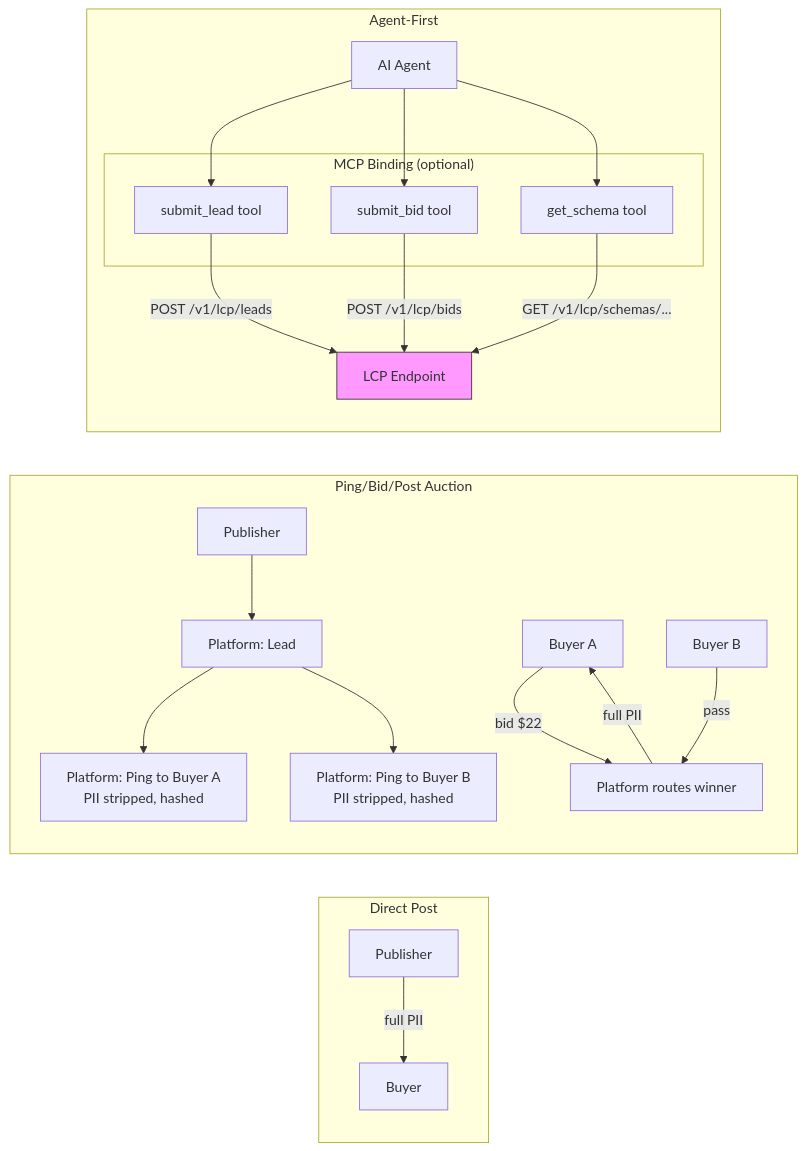
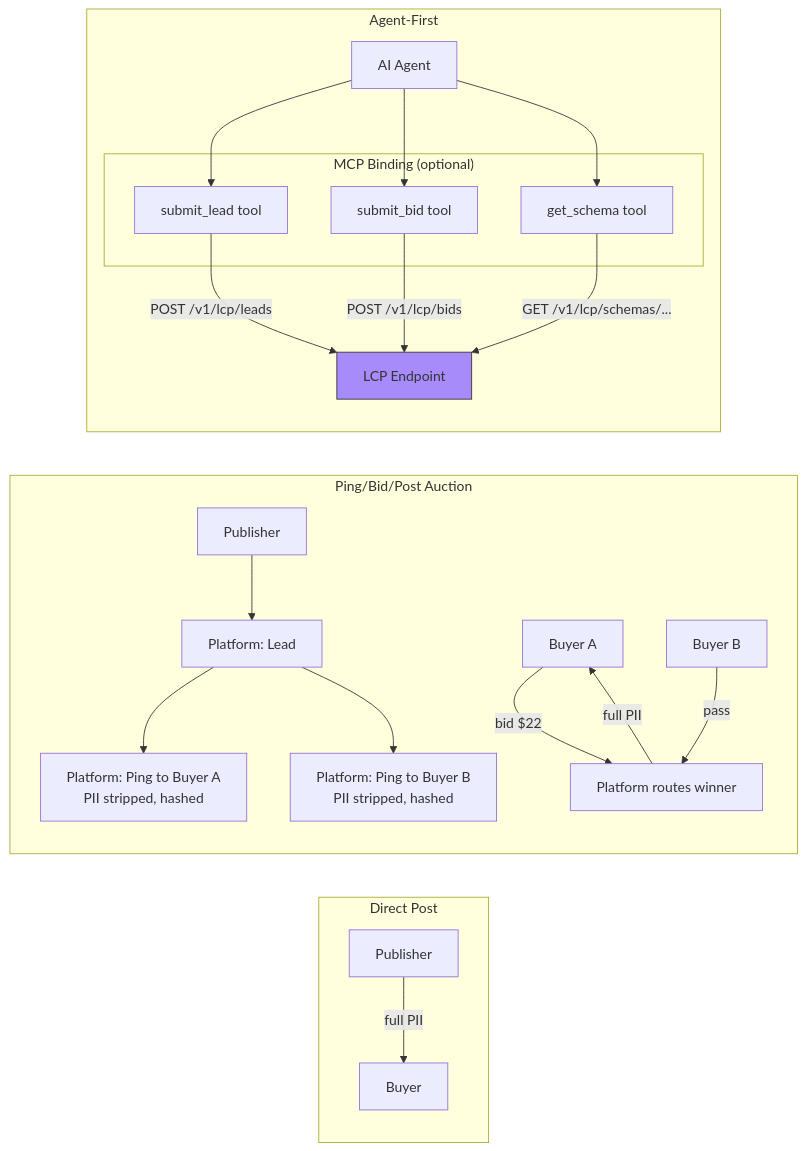
Before and after one commit to SpearSystems/LCP: the diagram in README.md, drawn with Mermaid. The commit also changed other lines of this file, not shown here.

First line of the commit message:
docs: fix diagram color contrast + add concrete buyer webhook example

````diff
--- a/README.md
+++ b/README.md
@@ -15,32 +15,32 @@
 ```mermaid
 flowchart LR
     subgraph "Direct Post"
         A1[Publisher] -->|full PII| B1[Buyer]
     end
 
     subgraph "Ping/Bid/Post Auction"
         A2[Publisher] --> L1[Platform: Lead]
         L1 --> P1[Platform: Ping to Buyer A<br/>PII stripped, hashed]
         L1 --> P2[Platform: Ping to Buyer B<br/>PII stripped, hashed]
         B1a[Buyer A] -->|bid $22| R1[Platform routes winner]
         B2a[Buyer B] -->|pass| R1
         R1 -->|full PII| B1a
     end
 
     subgraph "Agent-First"
         subgraph "MCP Binding (optional)"
             M1[submit_lead tool]
             M2[submit_bid tool]
             M3[get_schema tool]
         end
         A3[AI Agent]
         A3 --> M1
         A3 --> M2
         A3 --> M3
         M1 -->|POST /v1/lcp/leads| EP[LCP Endpoint]
         M2 -->|POST /v1/lcp/bids| EP
         M3 -->|GET /v1/lcp/schemas/...| EP
     end
 
-    style EP fill:#f9f,stroke:#333
+    style EP fill:#a78bfa,stroke:#333
 ```
````
